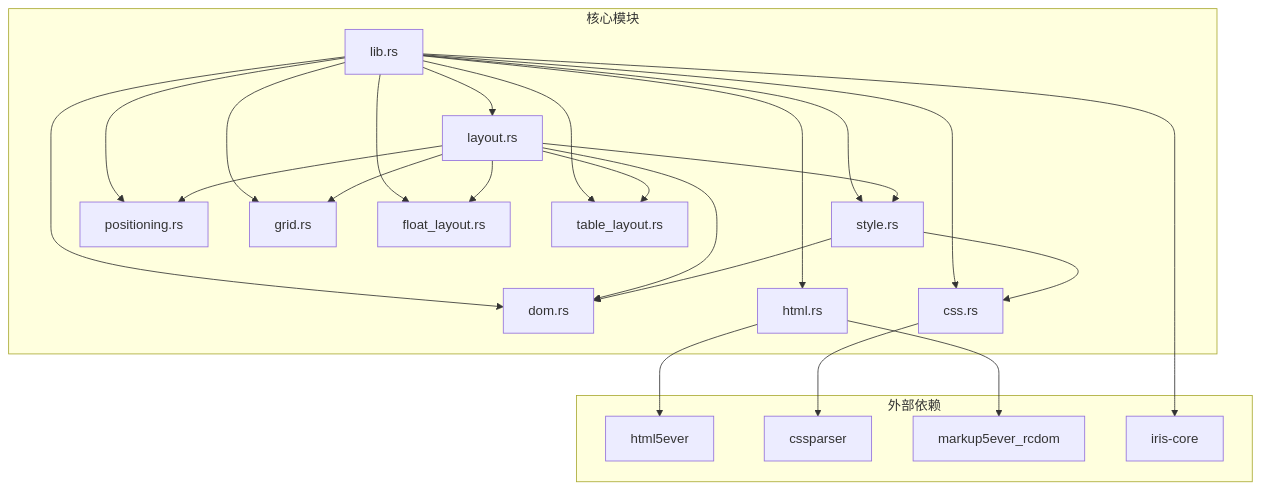
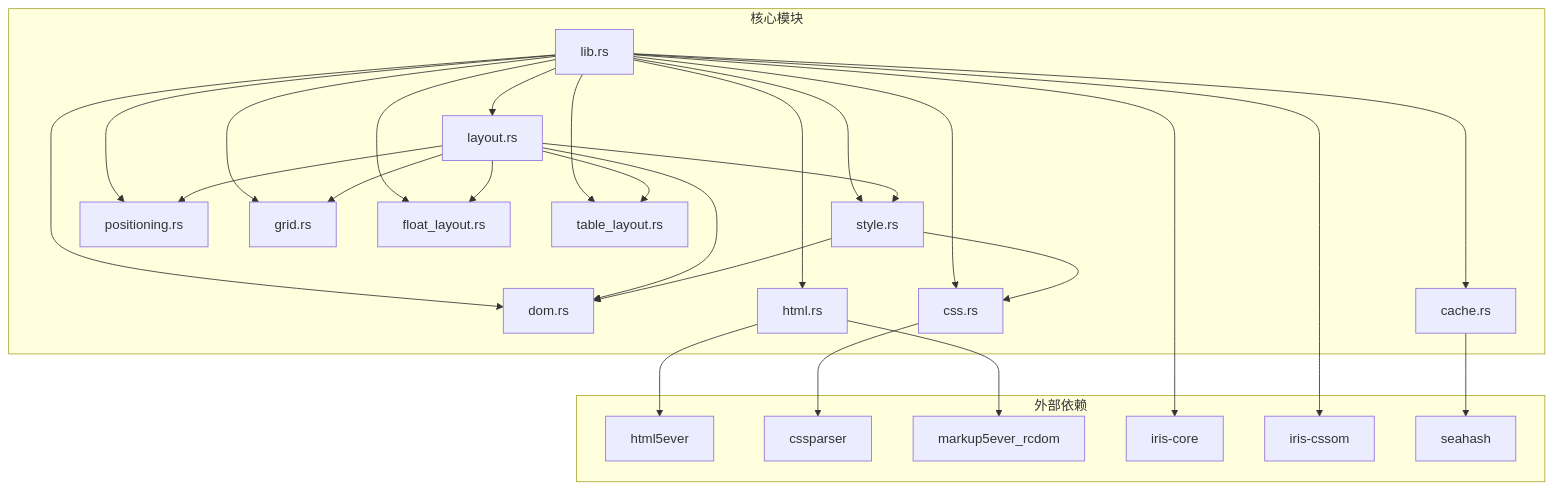
Before and after one commit to itszzl-sudo/iris: diagram 20 of 20 in .qoder/repowiki/zh/content/技术架构详解/布局样式系统/iris-layout布局引擎/iris-layout布局引擎.md, drawn with Mermaid. The commit also changed other lines of this file and 8 other files, not shown here.

````diff
--- a/.qoder/repowiki/zh/content/技术架构详解/布局样式系统/iris-layout布局引擎/iris-layout布局引擎.md
+++ b/.qoder/repowiki/zh/content/技术架构详解/布局样式系统/iris-layout布局引擎/iris-layout布局引擎.md
@@ -666,42 +776,48 @@
 ```mermaid
 graph TB
 subgraph "核心模块"
 A[lib.rs]
 B[dom.rs]
 C[html.rs]
 D[css.rs]
 E[style.rs]
 F[layout.rs]
 G[positioning.rs]
 H[grid.rs]
 I[float_layout.rs]
 J[table_layout.rs]
+K[cache.rs]
 end
 subgraph "外部依赖"
-K[html5ever]
-L[cssparser]
-M[markup5ever_rcdom]
-N[iris-core]
+L[html5ever]
+M[cssparser]
+N[markup5ever_rcdom]
+O[iris-core]
+P[iris-cssom]
+Q[seahash]
 end
 A --> B
 A --> C
 A --> D
 A --> E
 A --> F
 A --> G
 A --> H
 A --> I
 A --> J
-C --> K
-C --> M
-D --> L
+A --> K
+C --> L
+C --> N
+D --> M
 F --> B
 F --> E
 F --> G
 F --> H
 F --> I
 F --> J
 E --> B
 E --> D
-A --> N
+A --> O
+A --> P
+K --> Q
 ```
````
